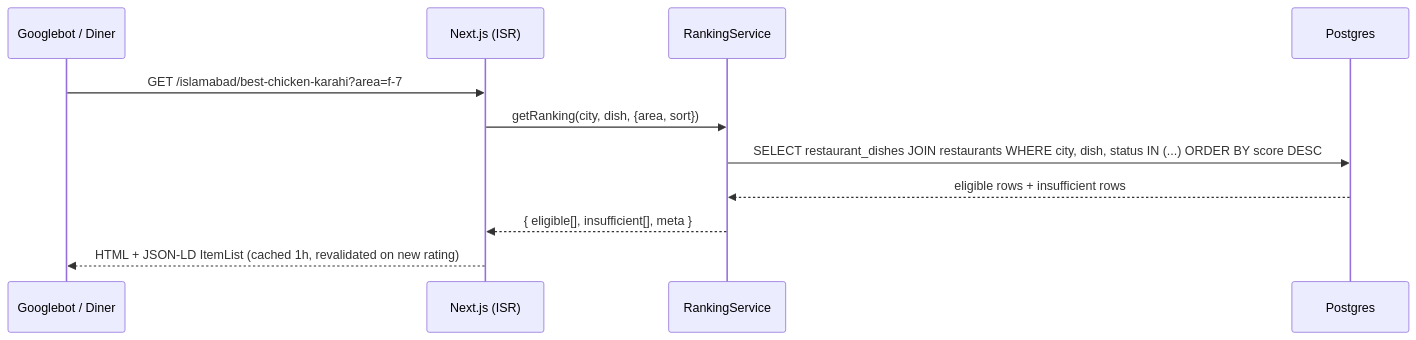
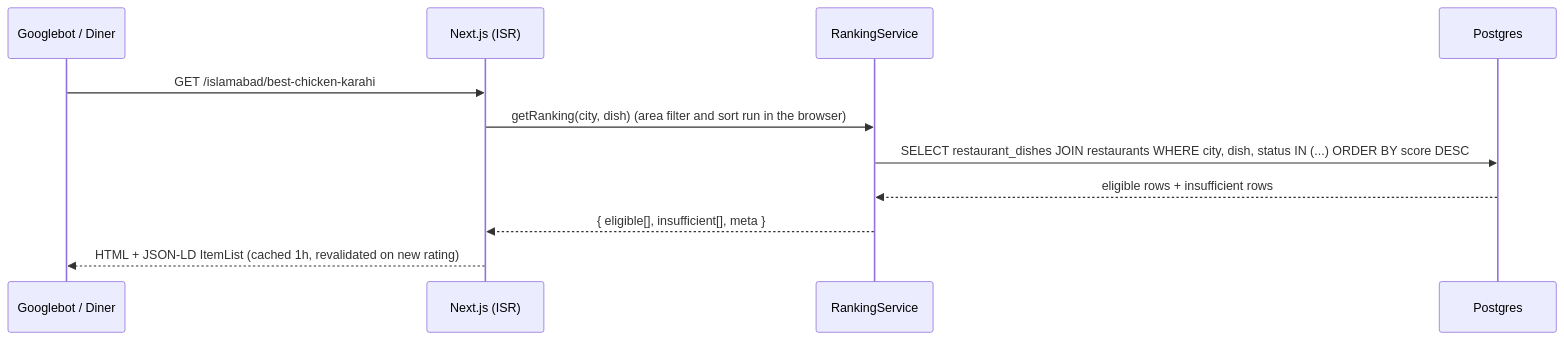
The fourth of 8 diagrams in docs/02-ARCHITECTURE.md (JawadSarfraz/dishrank), drawn with Mermaid before and after one commit. The commit also changed other lines of this file and 14 other files, not shown here.

````diff
--- a/docs/02-ARCHITECTURE.md
+++ b/docs/02-ARCHITECTURE.md
@@ -95,13 +95,13 @@
 ```mermaid
 sequenceDiagram
   participant G as Googlebot / Diner
   participant N as Next.js (ISR)
   participant RK as RankingService
   participant DB as Postgres
-  G->>N: GET /islamabad/best-chicken-karahi?area=f-7
-  N->>RK: getRanking(city, dish, {area, sort})
+  G->>N: GET /islamabad/best-chicken-karahi
+  N->>RK: getRanking(city, dish) (area filter and sort run in the browser)
   RK->>DB: SELECT restaurant_dishes JOIN restaurants WHERE city, dish, status IN (...) ORDER BY score DESC
   DB-->>RK: eligible rows + insufficient rows
   RK-->>N: { eligible[], insufficient[], meta }
   N-->>G: HTML + JSON-LD ItemList (cached 1h, revalidated on new rating)
 ```
````
